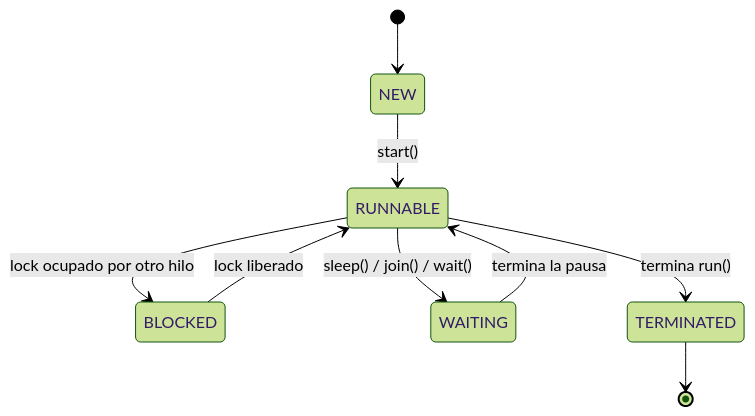
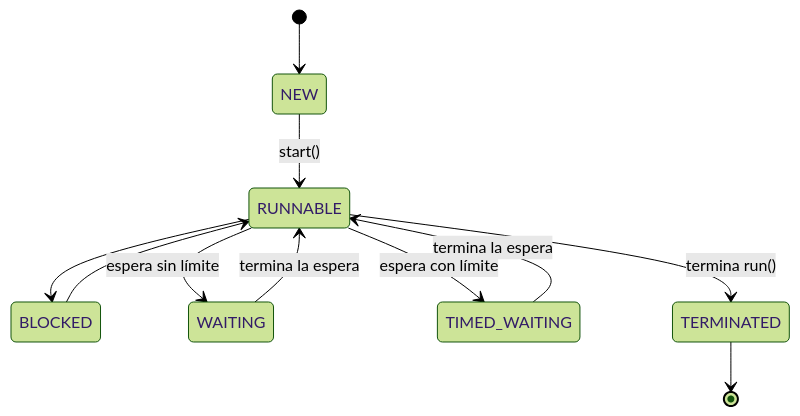
The second of 6 diagrams in docs/tema3/hilos-en-una-app-real.md (aitorventura/programacion-servicios-procesos), drawn with Mermaid (forest theme) before and after one commit. The commit also changed other lines of this file and 15 other files, not shown here.

````diff
--- a/docs/tema3/hilos-en-una-app-real.md
+++ b/docs/tema3/hilos-en-una-app-real.md
@@ -159,11 +159,17 @@
 ```mermaid
 stateDiagram-v2
     [*] --> NEW
     NEW --> RUNNABLE: start()
-    RUNNABLE --> BLOCKED: lock ocupado por otro hilo
-    BLOCKED --> RUNNABLE: lock liberado
-    RUNNABLE --> WAITING: sleep() / join() / wait()
-    WAITING --> RUNNABLE: termina la pausa
+
+    RUNNABLE --> BLOCKED
+    BLOCKED --> RUNNABLE
+
+    RUNNABLE --> WAITING: espera sin límite
+    WAITING --> RUNNABLE: termina la espera
+
+    RUNNABLE --> TIMED_WAITING: espera con límite
+    TIMED_WAITING --> RUNNABLE: termina la espera
+
     RUNNABLE --> TERMINATED: termina run()
     TERMINATED --> [*]
 ```
````
